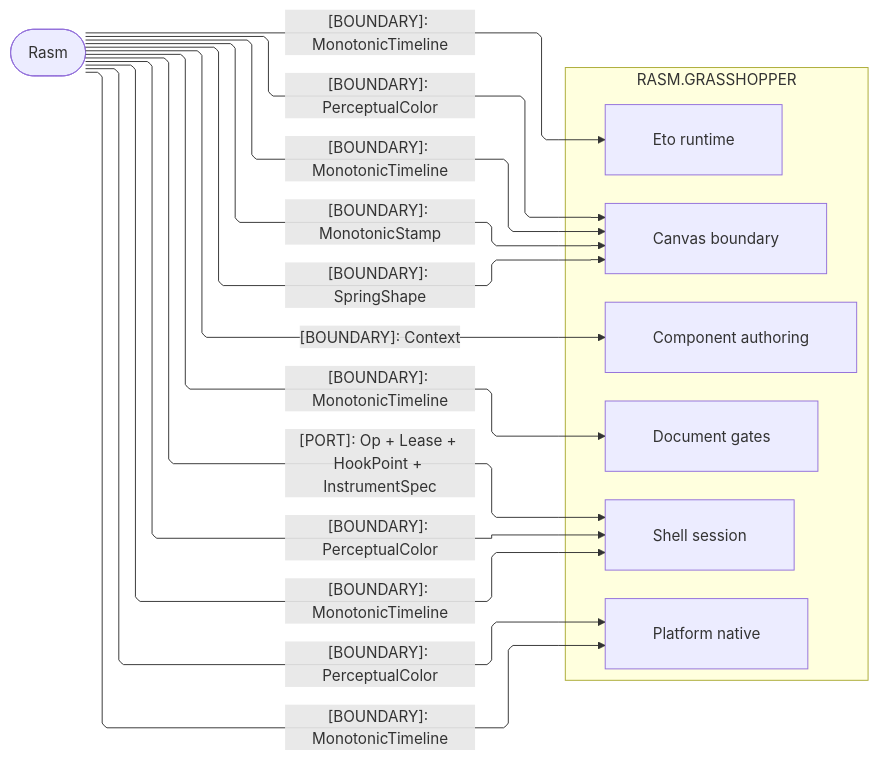
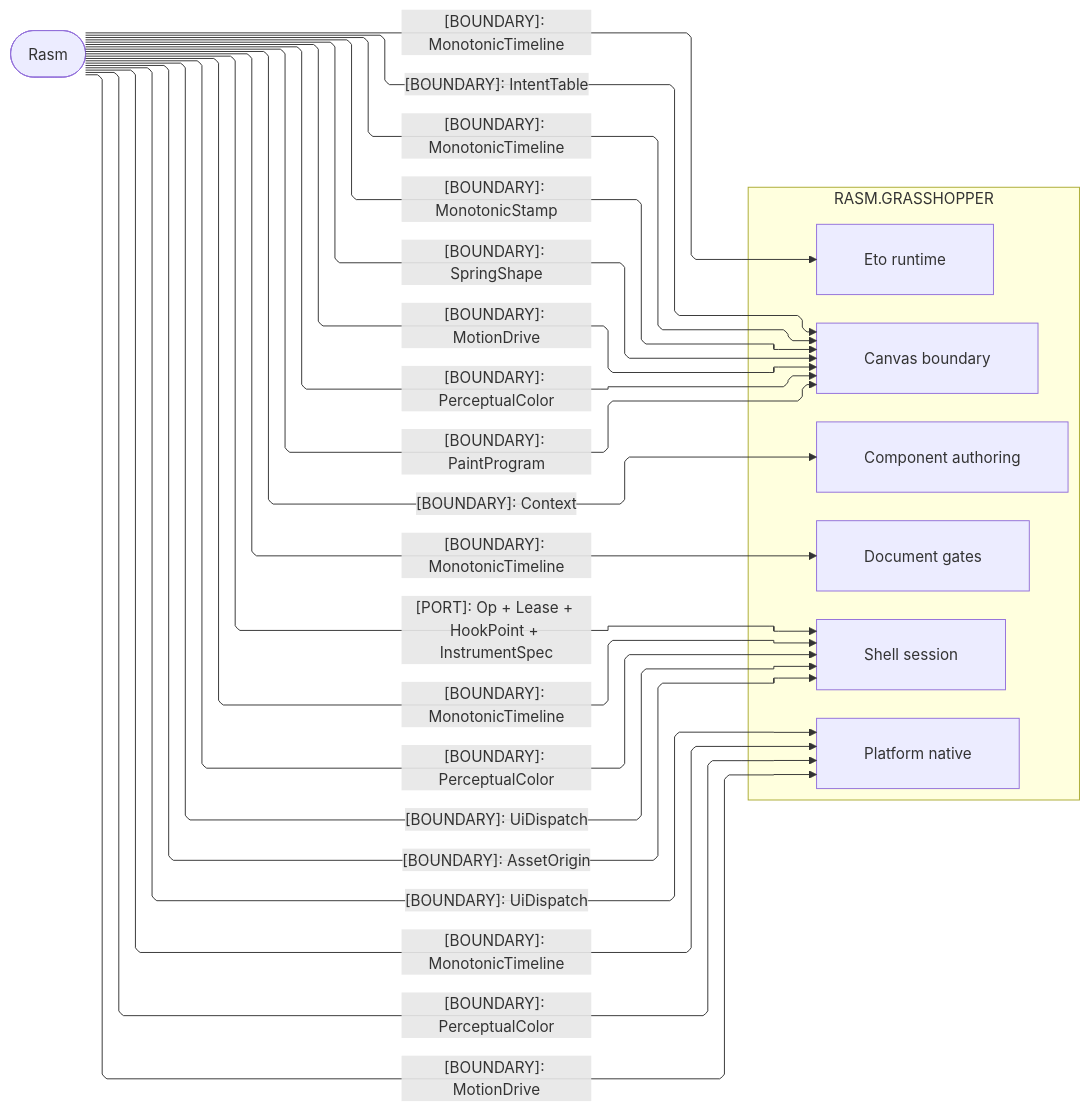
One commit to bsamiee/Rasm changed the second of 3 diagrams in libs/csharp/Rasm.Grasshopper/ARCHITECTURE.md. Above: the diagram before and after it, drawn with Mermaid. The commit also changed other lines of this file and 115 other files, not shown here.

````diff
--- a/libs/csharp/Rasm.Grasshopper/ARCHITECTURE.md
+++ b/libs/csharp/Rasm.Grasshopper/ARCHITECTURE.md
@@ -110,33 +110,40 @@
 ```mermaid
 ---
 config:
   layout: elk
   flowchart:
     curve: linear
     padding: 25
 ---
 flowchart LR
     accTitle: Grasshopper host-boundary kernel seams
-    accDescr: Grasshopper host-boundary sub-domain owners admitting the Rasm kernel's monotonic timing, motion-shape, perceptual-colour, and model-context authorities as boundary contracts plus the causal-frame port capsule, one edge per contract family labeled by kind.
+    accDescr: Which kernel contracts the Grasshopper boundary admits, one edge per contract family labeled by kind.
     subgraph grasshopper[RASM.GRASSHOPPER]
         Canvas[Canvas boundary]
         Document[Document gates]
         Eto[Eto runtime]
         Shell[Shell session]
         Platform[Platform native]
         Components[Component authoring]
     end
     Rasm([Rasm])
-    Rasm -->|"[BOUNDARY]: Context"| Components
-    Rasm -->|"[BOUNDARY]: MonotonicTimeline"| Canvas
-    Rasm -->|"[BOUNDARY]: MonotonicStamp"| Canvas
-    Rasm -->|"[BOUNDARY]: SpringShape"| Canvas
-    Rasm -->|"[BOUNDARY]: PerceptualColor"| Canvas
-    Rasm -->|"[BOUNDARY]: MonotonicTimeline"| Document
-    Rasm -->|"[BOUNDARY]: MonotonicTimeline"| Eto
-    Rasm -->|"[BOUNDARY]: MonotonicTimeline"| Shell
-    Rasm -->|"[BOUNDARY]: PerceptualColor"| Shell
-    Rasm -->|"[PORT]: Op + Lease + HookPoint + InstrumentSpec"| Shell
-    Rasm -->|"[BOUNDARY]: MonotonicTimeline"| Platform
-    Rasm -->|"[BOUNDARY]: PerceptualColor"| Platform
+    Rasm e1@-->|"[BOUNDARY]: Context"| Components
+    Rasm e2@-->|"[BOUNDARY]: MonotonicTimeline"| Canvas
+    Rasm e3@-->|"[BOUNDARY]: MonotonicStamp"| Canvas
+    Rasm e4@-->|"[BOUNDARY]: SpringShape"| Canvas
+    Rasm e5@-->|"[BOUNDARY]: MotionDrive"| Canvas
+    Rasm e6@-->|"[BOUNDARY]: PerceptualColor"| Canvas
+    Rasm e7@-->|"[BOUNDARY]: PaintProgram"| Canvas
+    Rasm e8@-->|"[BOUNDARY]: IntentTable"| Canvas
+    Rasm e9@-->|"[BOUNDARY]: MonotonicTimeline"| Document
+    Rasm e10@-->|"[BOUNDARY]: MonotonicTimeline"| Eto
+    Rasm e11@-->|"[BOUNDARY]: MonotonicTimeline"| Shell
+    Rasm e12@-->|"[BOUNDARY]: PerceptualColor"| Shell
+    Rasm e13@-->|"[BOUNDARY]: UiDispatch"| Shell
+    Rasm e14@-->|"[BOUNDARY]: AssetOrigin"| Shell
+    Rasm e15@-->|"[PORT]: Op + Lease + HookPoint + InstrumentSpec"| Shell
+    Rasm e16@-->|"[BOUNDARY]: MonotonicTimeline"| Platform
+    Rasm e17@-->|"[BOUNDARY]: PerceptualColor"| Platform
+    Rasm e18@-->|"[BOUNDARY]: MotionDrive"| Platform
+    Rasm e19@-->|"[BOUNDARY]: UiDispatch"| Platform
 ```
````
